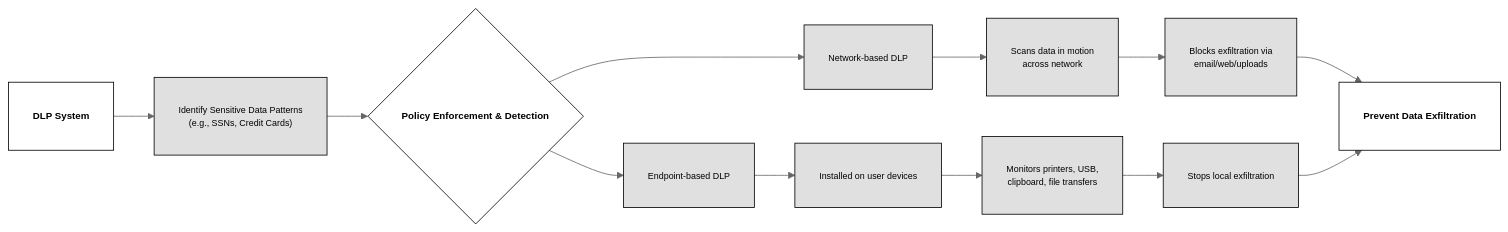
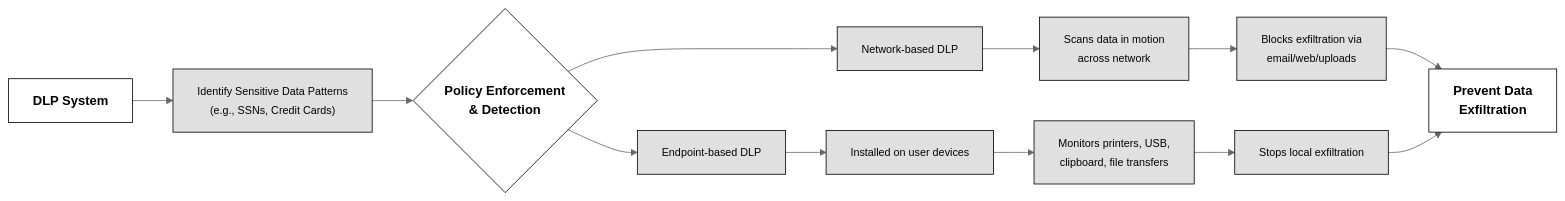
Before and after one commit to lorenzoleonelli/CISSP-Zero-to-Hero: the second of 2 diagrams in DOMAIN2 - Asset Security/2.2 Establish information and asset handling requirements.md, drawn with Mermaid (neutral theme). The commit also changed other lines of this file, not shown here.

Commit message:
LL 2026-11-7:17:29:42

````diff
--- a/DOMAIN2 - Asset Security/2.2 Establish information and asset handling requirements.md
+++ b/DOMAIN2 - Asset Security/2.2 Establish information and asset handling requirements.md
@@ -15,26 +47,48 @@
 ```mermaid
 
 flowchart LR
 
-A["DLP System"] --> B["Identify Sensitive Data Patterns<br/>(e.g., SSNs, Credit Cards)"]
+  
 
-B --> C{"Policy Enforcement & Detection"}
-C --> D["Network-based DLP"]
-C --> E["Endpoint-based DLP"]
+    A["<b>DLP System</b>"] --> B["<small>Identify Sensitive Data Patterns<br/>(e.g., SSNs, Credit Cards)</small>"]
 
-D --> D1["Scans data in motion<br/>across network"]
-D1 --> D2["Blocks exfiltration via<br/>email/web/uploads"]
+  
 
-E --> E1["Installed on user devices"]
-E1 --> E2["Monitors printers, USB,<br/>clipboard, file transfers"]
-E2 --> E3["Stops local exfiltration"]
+    B --> C{"<b>Policy Enforcement<br/>& Detection</b>"}
 
-D2 --> F["Prevent Data Exfiltration"]
-E3 --> F
+    C --> D["<small>Network-based DLP</small>"]
 
-classDef center fill:#ffffff,color:#000000,stroke:#000000,stroke-width:1px,font-weight:bold,font-size:12px,padding:6px
-classDef node fill:#e0e0e0,color:#000000,stroke:#000000,stroke-width:1px,font-size:11px,padding:6px
+    C --> E["<small>Endpoint-based DLP</small>"]
 
-class A,C,F center
-class B,D,E,D1,D2,E1,E2,E3 node
+  
+
+    D --> D1["<small>Scans data in motion<br/>across network</small>"]
+
+    D1 --> D2["<small>Blocks exfiltration via<br/>email/web/uploads</small>"]
+
+  
+
+    E --> E1["<small>Installed on user devices</small>"]
+
+    E1 --> E2["<small>Monitors printers, USB,<br/>clipboard, file transfers</small>"]
+
+    E2 --> E3["<small>Stops local exfiltration</small>"]
+
+  
+
+    D2 --> F["<b>Prevent Data<br/>Exfiltration</b>"]
+
+    E3 --> F
+
+  
+
+    classDef center fill:#ffffff,color:#000000,stroke:#000000,stroke-width:1px;
+
+    classDef node fill:#e0e0e0,color:#000000,stroke:#000000,stroke-width:1px;
+
+  
+
+    class A,C,F center;
+
+    class B,D,E,D1,D2,E1,E2,E3 node;
 ```
````
